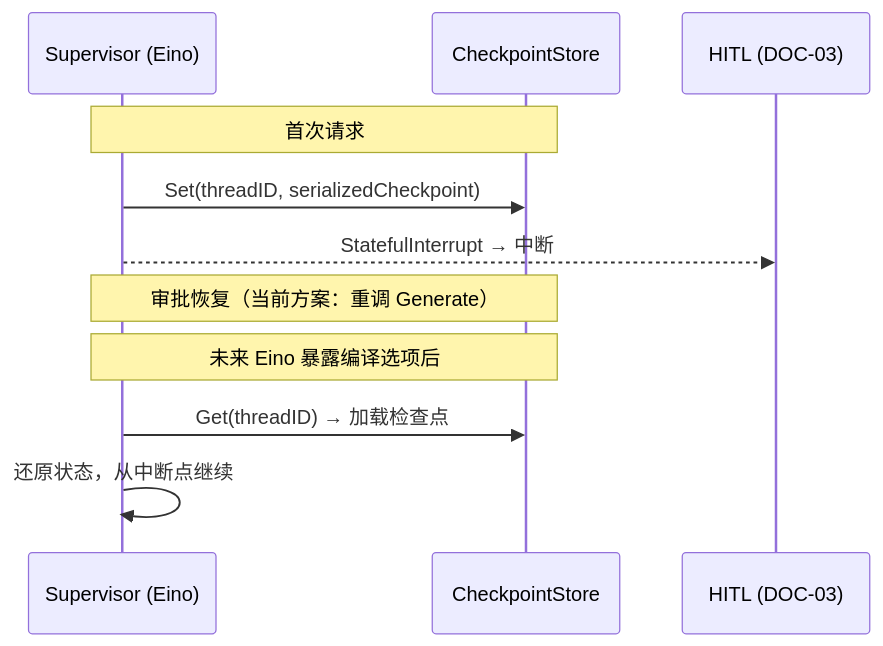
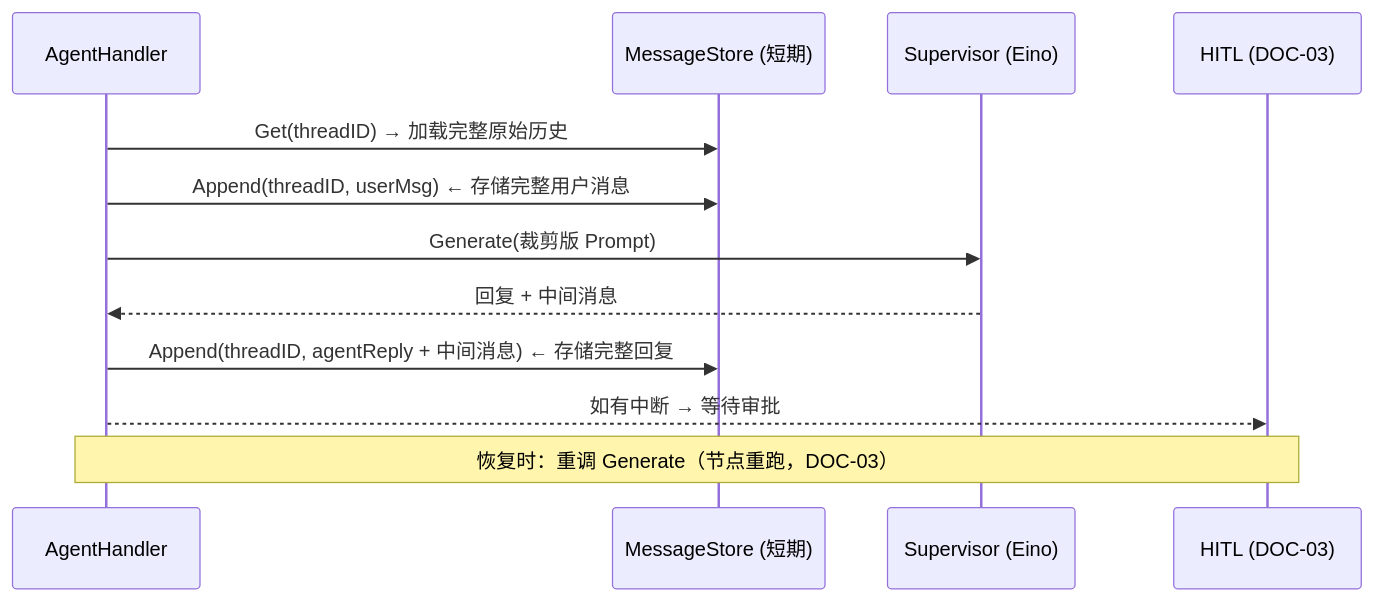
The fourth of 5 diagrams in docs/DOC-05.md (cling-2/Agent-Basic-Framework), drawn with Mermaid before and after one commit. The commit also changed other lines of this file and 4 other files, not shown here.

````diff
--- a/docs/DOC-05.md
+++ b/docs/DOC-05.md
@@ -167,15 +175,15 @@
 ```mermaid
 sequenceDiagram
+    participant AH as AgentHandler
+    participant MS as MessageStore (短期)
     participant RA as Supervisor (Eino)
-    participant CS as CheckpointStore
     participant HITL as HITL (DOC-03)
 
-    Note over RA,CS: 首次请求
-    RA->>CS: Set(threadID, serializedCheckpoint)
-    RA-->>HITL: StatefulInterrupt → 中断
-
-    Note over RA,CS: 审批恢复（当前方案：重调 Generate）
-    Note over RA,CS: 未来 Eino 暴露编译选项后
-    RA->>CS: Get(threadID) → 加载检查点
-    RA->>RA: 还原状态，从中断点继续
+    AH->>MS: Get(threadID) → 加载完整原始历史
+    AH->>MS: Append(threadID, userMsg) ← 存储完整用户消息
+    AH->>RA: Generate(裁剪版 Prompt)
+    RA-->>AH: 回复 + 中间消息
+    AH->>MS: Append(threadID, agentReply + 中间消息) ← 存储完整回复
+    AH-->>HITL: 如有中断 → 等待审批
+    Note over AH,HITL: 恢复时：重调 Generate（节点重跑，DOC-03）
 ```
````
